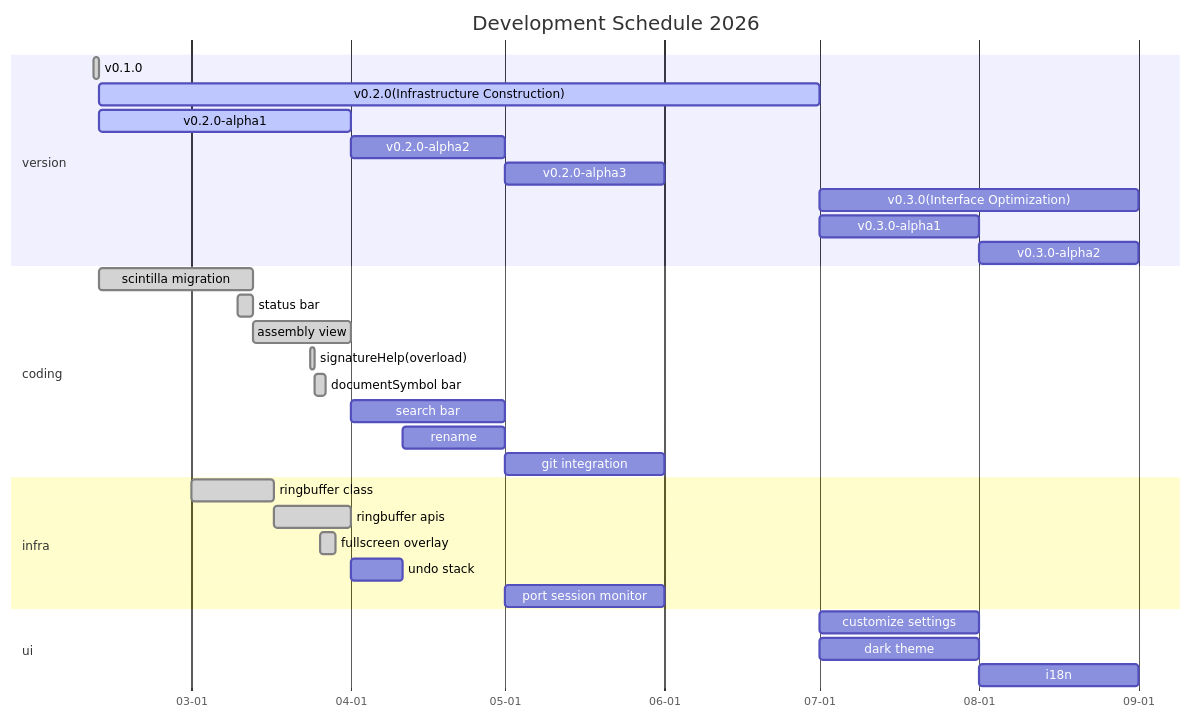
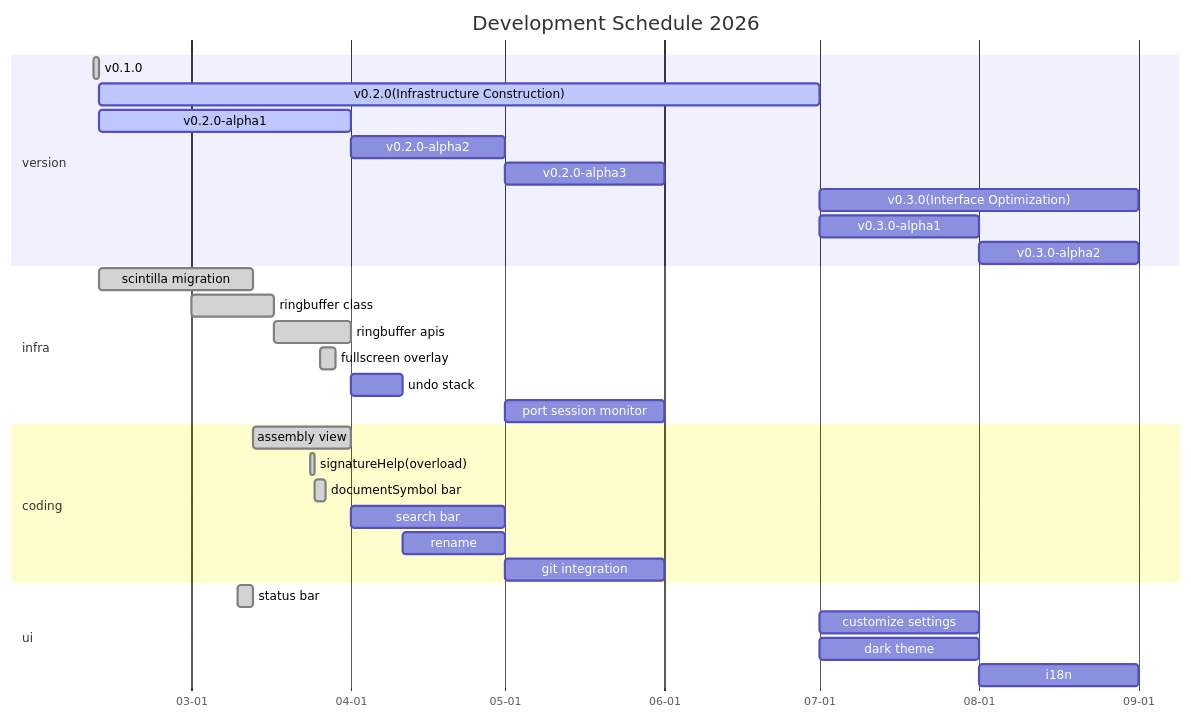
Before and after one commit to zyt20001205/UniComm2: the second of 3 diagrams in readme.md, drawn with Mermaid. The commit also changed other lines of this file, not shown here.

````diff
--- a/readme.md
+++ b/readme.md
@@ -79,39 +79,39 @@
 ```mermaid
 gantt
     title Development Schedule 2026
     dateFormat MM-DD
     axisFormat %m-%d
     tickInterval 1month
 
     section version
         v0.1.0: done, 02-10, 1d
         v0.2.0(Infrastructure Construction): active, 02-11, 140d
         v0.2.0-alpha1: active, 02-11, 49d
         v0.2.0-alpha2: 04-01, 30d
         v0.2.0-alpha3: 05-01, 31d
         v0.3.0(Interface Optimization): 07-01, 62d
         v0.3.0-alpha1: 07-01, 31d
         v0.3.0-alpha2: 08-01, 31d
 
+    section infra
+        scintilla migration: done, 02-11, 30d
+        ringbuffer class: done, 03-01, 16d
+        ringbuffer apis: done, 03-17, 15d
+        fullscreen overlay: done, 03-26, 3d
+        undo stack: 04-01, 10d
+        port session monitor: 05-01, 31d
+
     section coding
-        scintilla migration: done, 02-11, 30d
-        status bar: done, 03-10, 3d
         assembly view: done, 03-13, 19d
         signatureHelp(overload): done, 03-24, 1d
         documentSymbol bar: done, 03-25, 2d
         search bar: 04-01, 30d
         rename: 04-11, 20d
         git integration: 05-01, 31d
 
-    section infra
-        ringbuffer class: done, 03-01, 16d
-        ringbuffer apis: done, 03-17, 15d
-        fullscreen overlay: done, 03-26, 3d
-        undo stack: 04-01, 10d
-        port session monitor: 05-01, 31d
-
     section ui
+        status bar: done, 03-10, 3d
         customize settings: 07-01, 31d
         dark theme: 07-01, 31d
         i18n: 08-01, 31d
 ```
````
